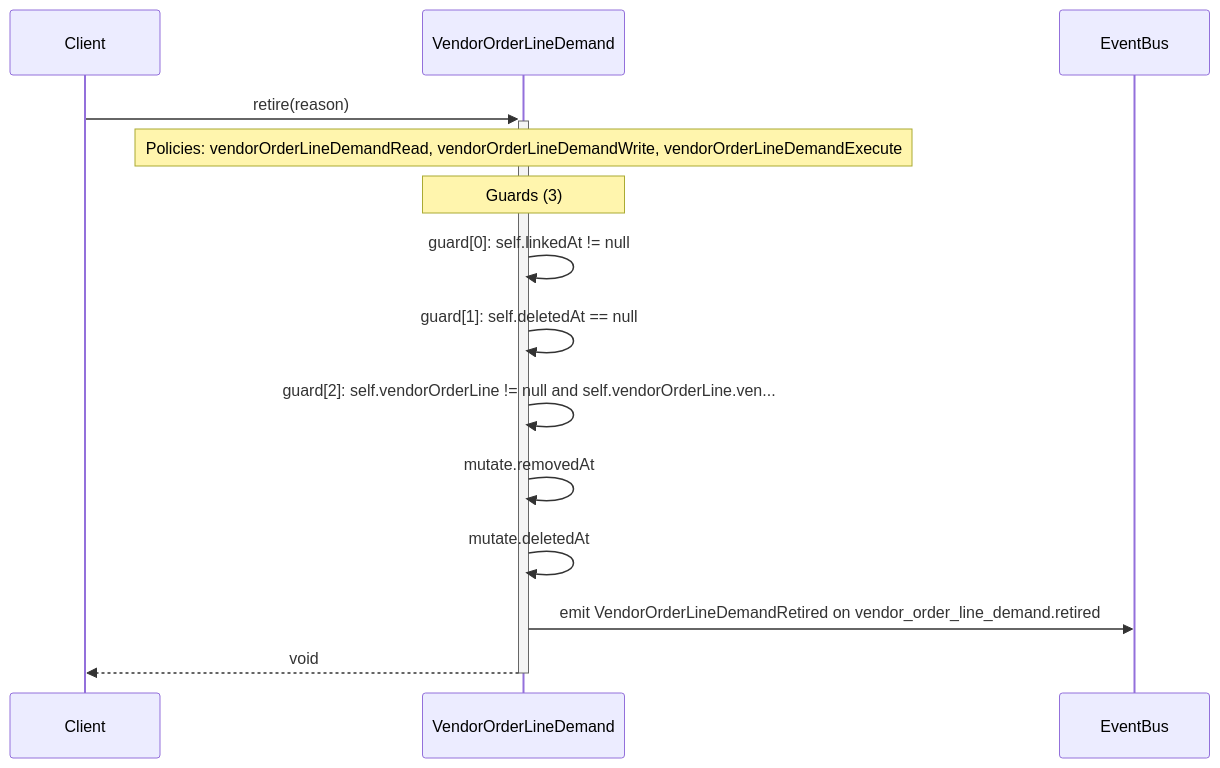
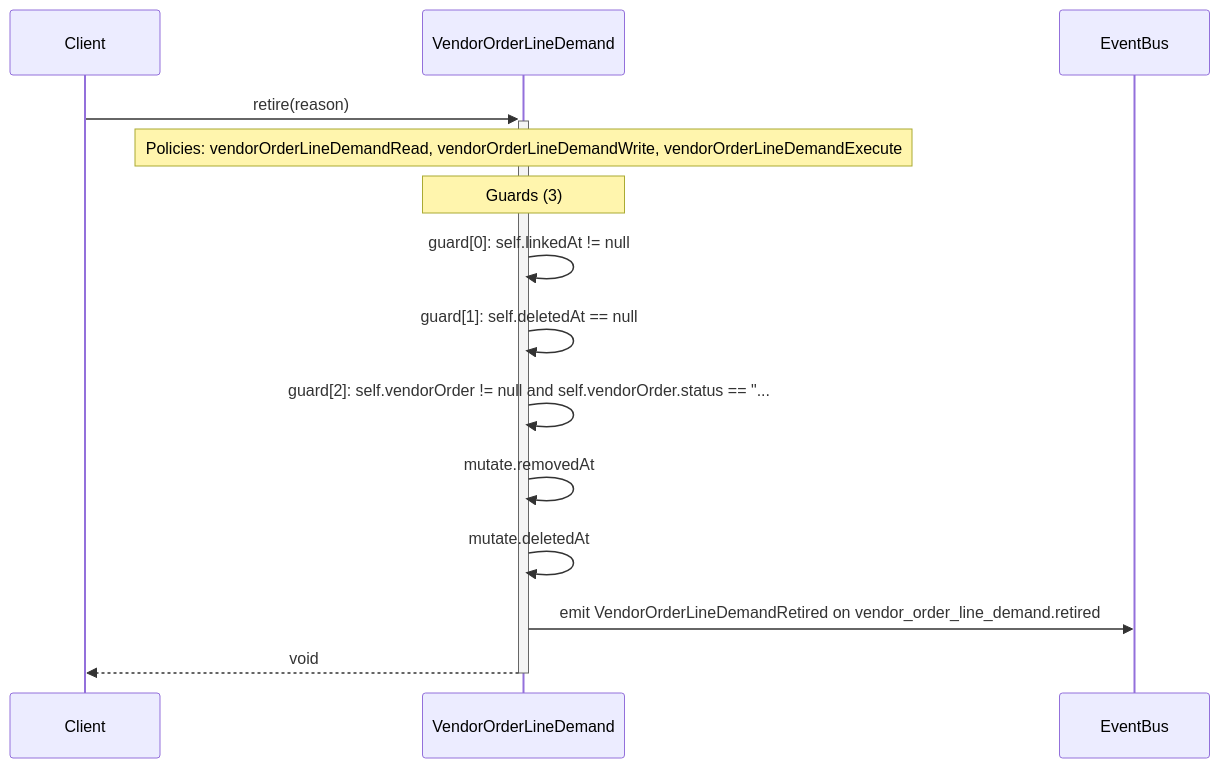
One commit to Angriff36/capsule changed the diagram in diagrams/sequence-VendorOrderLineDemand-retire.mmd. Above: the diagram before and after it, drawn with Mermaid. The commit also changed 32 other files, not shown here.

```diff
--- a/diagrams/sequence-VendorOrderLineDemand-retire.mmd
+++ b/diagrams/sequence-VendorOrderLineDemand-retire.mmd
@@ -1,14 +1,14 @@
 sequenceDiagram
     participant Client
     participant VendorOrderLineDemand as VendorOrderLineDemand
     participant EventBus
     Client->>+VendorOrderLineDemand: retire(reason)
     Note over VendorOrderLineDemand: Policies: vendorOrderLineDemandRead, vendorOrderLineDemandWrite, vendorOrderLineDemandExecute
     Note over VendorOrderLineDemand: Guards (3)
     VendorOrderLineDemand->>VendorOrderLineDemand: guard[0]: self.linkedAt != null
     VendorOrderLineDemand->>VendorOrderLineDemand: guard[1]: self.deletedAt == null
-    VendorOrderLineDemand->>VendorOrderLineDemand: guard[2]: self.vendorOrderLine != null and self.vendorOrderLine.ven...
+    VendorOrderLineDemand->>VendorOrderLineDemand: guard[2]: self.vendorOrder != null and self.vendorOrder.status == #quot;...
     VendorOrderLineDemand->>VendorOrderLineDemand: mutate.removedAt
     VendorOrderLineDemand->>VendorOrderLineDemand: mutate.deletedAt
     VendorOrderLineDemand->>EventBus: emit VendorOrderLineDemandRetired on vendor_order_line_demand.retired
     VendorOrderLineDemand-->>-Client: void
```
